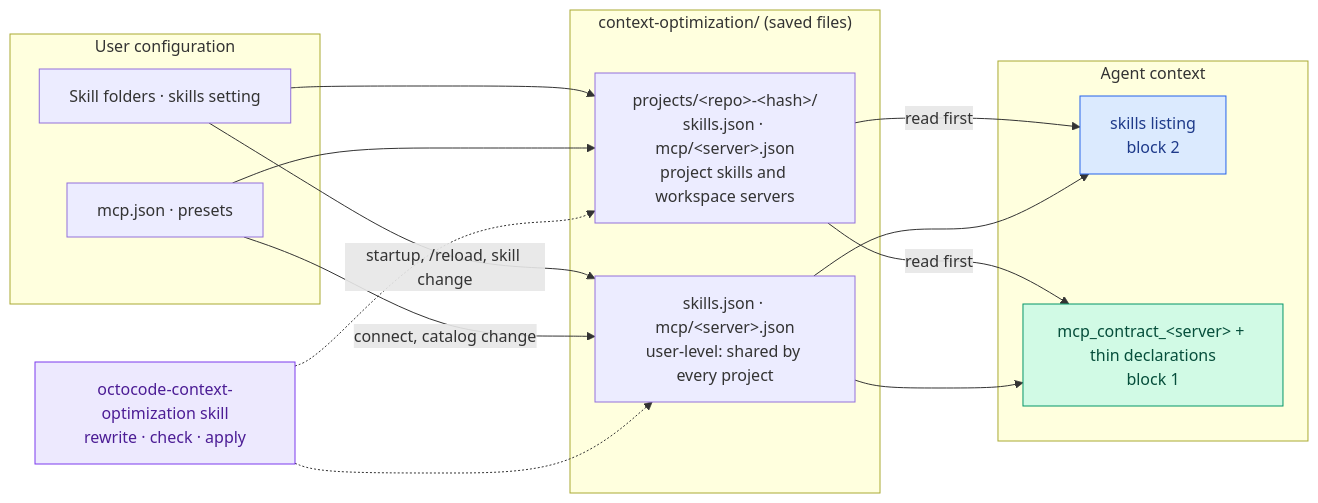
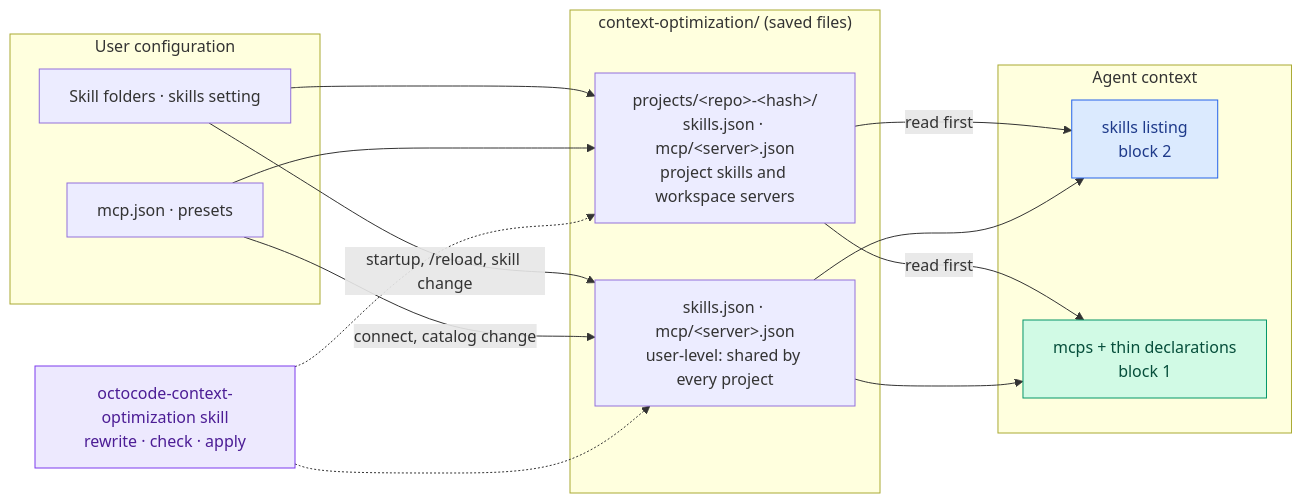
One commit to bgauryy/octocode-coding-agent changed the seventh of 7 diagrams in docs/CONTEXT.md. Above: the diagram before and after it, drawn with Mermaid. The commit also changed other lines of this file and 1535 other files, not shown here.

````diff
--- a/docs/CONTEXT.md
+++ b/docs/CONTEXT.md
@@ -209,32 +209,32 @@
 ```mermaid
 flowchart LR
     subgraph CFG["User configuration"]
         SK["Skill folders · skills setting"]
         MC["mcp.json · presets"]
     end
     subgraph OPT["context-optimization/ (saved files)"]
         SJ["skills.json · mcp/#lt;server#gt;.json<br/>user-level: shared by every project"]
         MJ["projects/#lt;repo#gt;-#lt;hash#gt;/<br/>skills.json · mcp/#lt;server#gt;.json<br/>project skills and workspace servers"]
     end
     subgraph CTX["Agent context"]
         SL["skills listing<br/>block 2"]
-        CT["mcp_contract_#lt;server#gt; + thin declarations<br/>block 1"]
+        CT["mcps + thin declarations<br/>block 1"]
     end
     SK -->|"startup, /reload, skill change"| SJ
     SK --> MJ
     MC -->|"connect, catalog change"| SJ
     MC --> MJ
     MJ -->|"read first"| SL
     MJ -->|"read first"| CT
     SJ --> SL
     SJ --> CT
     SKILL["octocode-context-optimization skill<br/>rewrite · check · apply"] -.-> SJ
     SKILL -.-> MJ
 
     classDef b1 fill:#d1fae5,stroke:#059669,color:#064e3b
     classDef b2 fill:#dbeafe,stroke:#2563eb,color:#1e3a8a
     classDef upd fill:#ede9fe,stroke:#7c3aed,color:#4c1d95
     class CT b1
     class SL b2
     class SKILL upd
 ```
````
